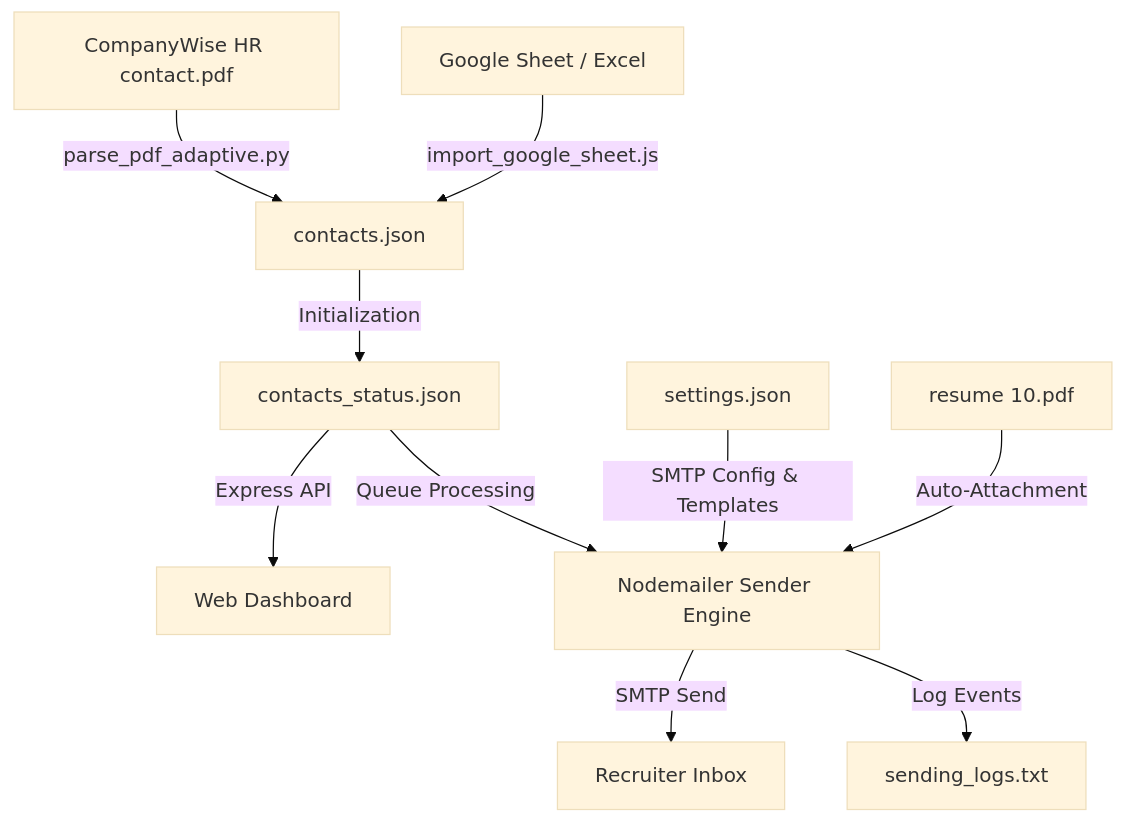
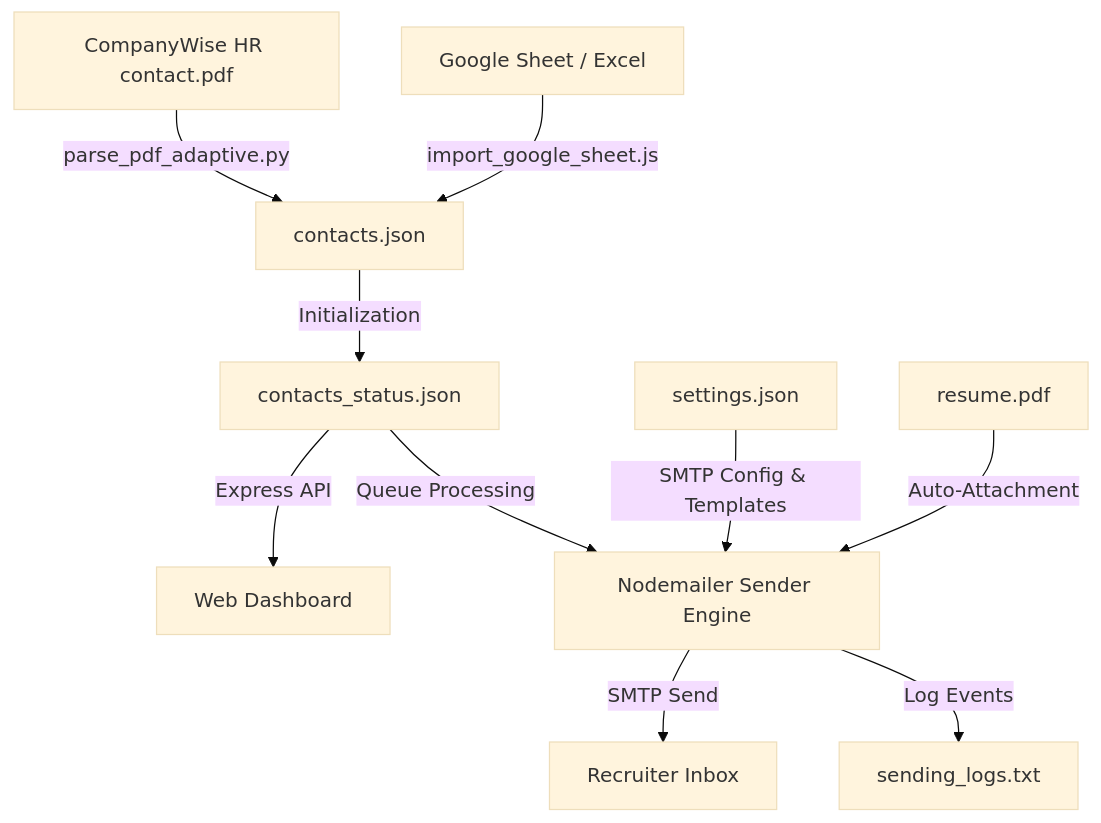
One commit to keshav9926/emailsender-automated changed the diagram in README.md. Above: the diagram before and after it, drawn with Mermaid (base theme). The commit also changed other lines of this file, not shown here.

Commit message:
Generalize resume naming and remove summary section from README

````diff
--- a/README.md
+++ b/README.md
@@ -9,12 +9,12 @@
 ```mermaid
 graph TD
     A1[CompanyWise HR contact.pdf] -->|parse_pdf_adaptive.py| B[contacts.json]
     A2[Google Sheet / Excel] -->|import_google_sheet.js| B
     B -->|Initialization| C[contacts_status.json]
     C -->|Express API| D[Web Dashboard]
     E[settings.json] -->|SMTP Config & Templates| F[Nodemailer Sender Engine]
     C -->|Queue Processing| F
-    G[resume 10.pdf] -->|Auto-Attachment| F
+    G[resume.pdf] -->|Auto-Attachment| F
     F -->|SMTP Send| H[Recruiter Inbox]
     F -->|Log Events| I[sending_logs.txt]
 ```
````
